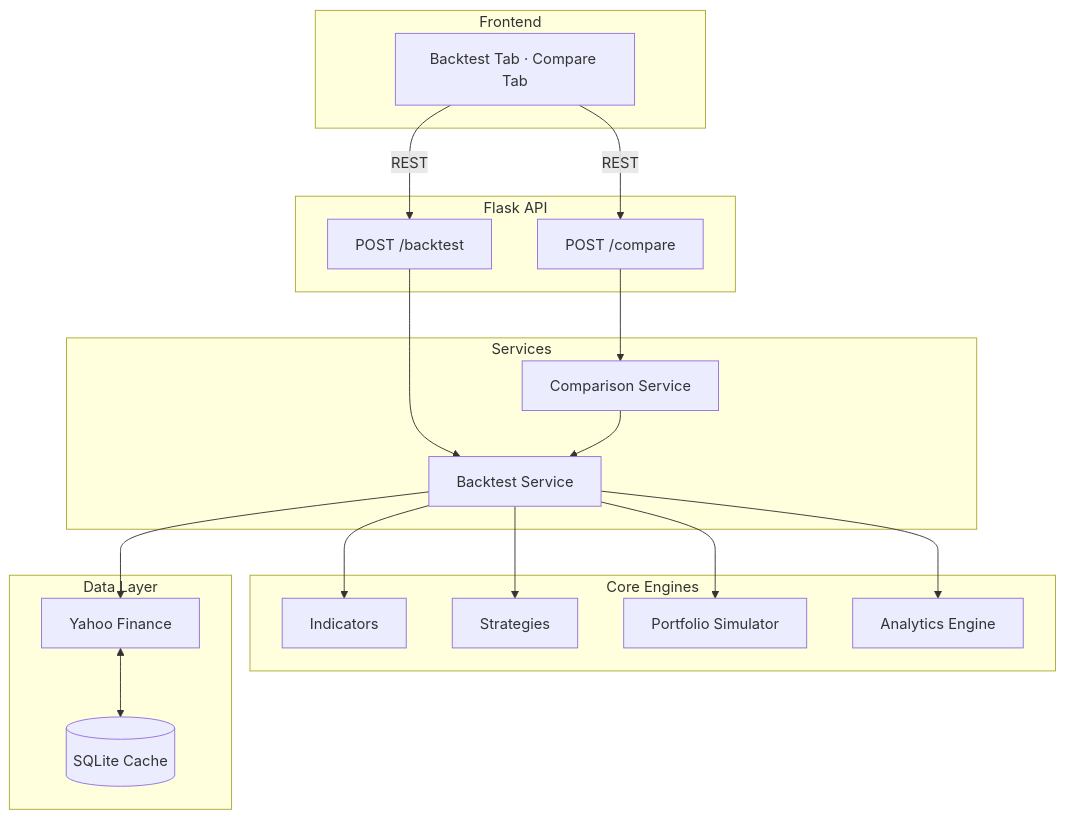
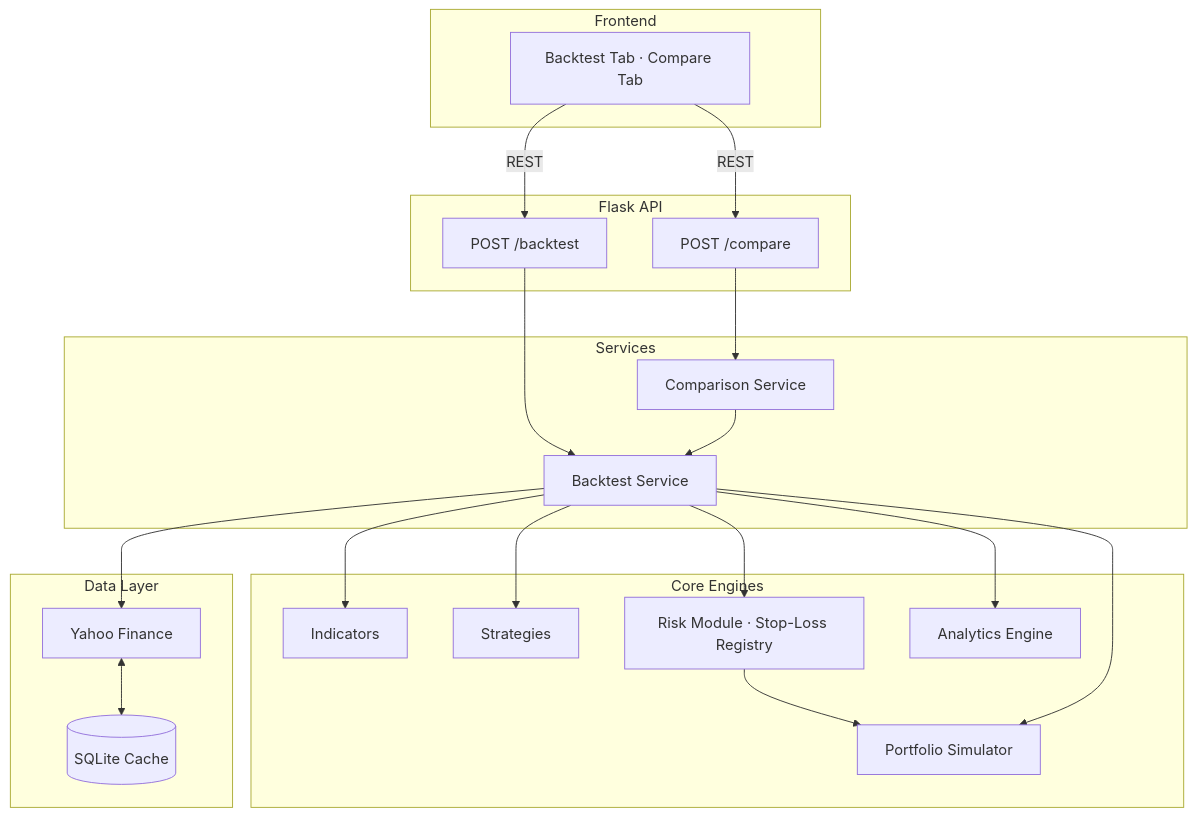
One commit to divyansh-agg29/TradeStrat changed the diagram in README.md. Above: the diagram before and after it, drawn with Mermaid.

````diff
--- a/README.md
+++ b/README.md
@@ -21,40 +21,43 @@
 ```mermaid
 graph TD
     subgraph Frontend
         UI[Backtest Tab · Compare Tab]
     end
 
     subgraph API[Flask API]
         B[POST /backtest]
         C[POST /compare]
     end
 
     subgraph Services
         BS[Backtest Service]
         CS[Comparison Service]
     end
 
     subgraph Engines[Core Engines]
         IND[Indicators]
         STR[Strategies]
+        RISK[Risk Module · Stop-Loss Registry]
         SIM[Portfolio Simulator]
         ANA[Analytics Engine]
     end
 
     subgraph Data[Data Layer]
         DL[Yahoo Finance]
         DB[(SQLite Cache)]
     end
 
     UI -->|REST| B
     UI -->|REST| C
     B --> BS
     C --> CS
     CS --> BS
     BS --> IND
     BS --> STR
+    BS --> RISK
+    RISK --> SIM
     BS --> SIM
     BS --> ANA
     BS --> DL
     DL <--> DB
 ```
````
